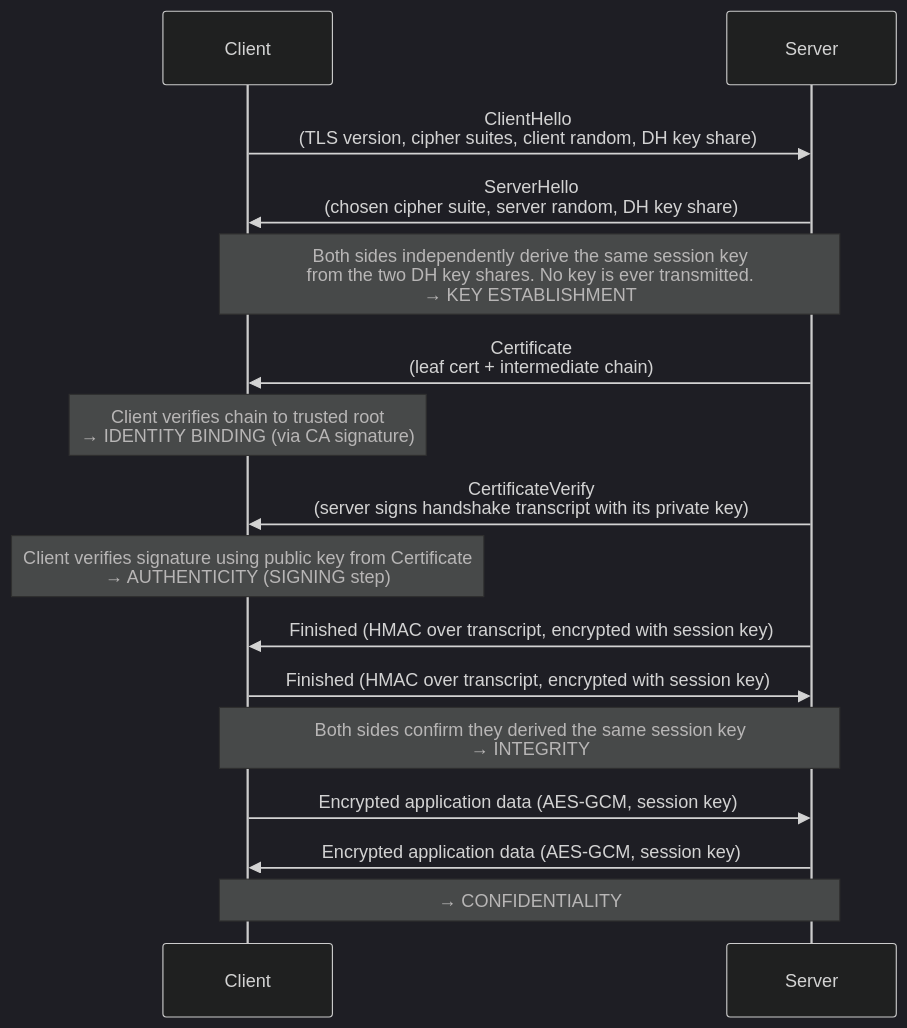
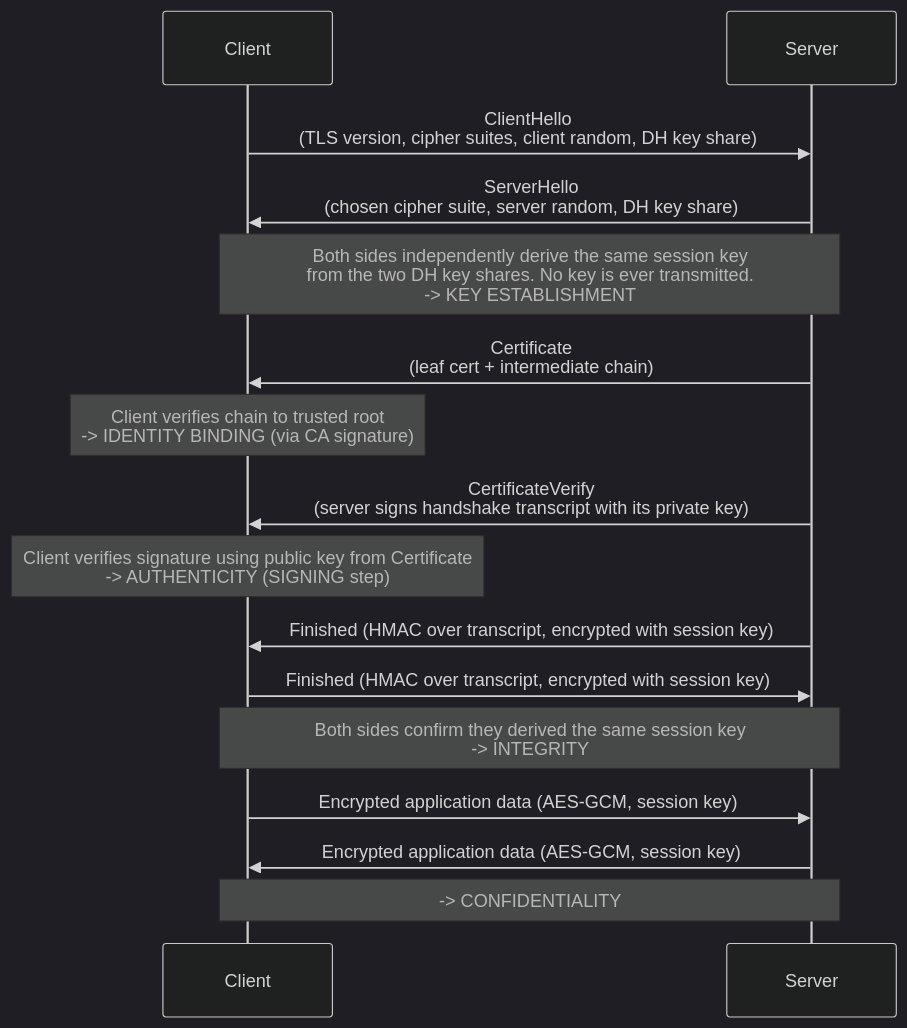
The sixth of 6 diagrams in _posts/2026-03-05-cryptographic-basics-in-a-hurry.md (ypeavler/blog), drawn with Mermaid before and after one commit. The commit also changed other lines of this file and 2 other files, not shown here.

```diff
--- a/_posts/2026-03-05-cryptographic-basics-in-a-hurry.md
+++ b/_posts/2026-03-05-cryptographic-basics-in-a-hurry.md
@@ -618,25 +617,25 @@
 <div class="mermaid">
 %%{init: {'theme': 'dark'}}%%
 sequenceDiagram
     participant C as Client
     participant S as Server
 
     C->>S: ClientHello<br/>(TLS version, cipher suites, client random, DH key share)
     S->>C: ServerHello<br/>(chosen cipher suite, server random, DH key share)
 
-    Note over C,S: Both sides independently derive the same session key<br/>from the two DH key shares. No key is ever transmitted.<br/>→ KEY ESTABLISHMENT
+    Note over C,S: Both sides independently derive the same session key<br/>from the two DH key shares. No key is ever transmitted.<br/>-> KEY ESTABLISHMENT
 
     S->>C: Certificate<br/>(leaf cert + intermediate chain)
-    Note over C: Client verifies chain to trusted root<br/>→ IDENTITY BINDING (via CA signature)
+    Note over C: Client verifies chain to trusted root<br/>-> IDENTITY BINDING (via CA signature)
 
     S->>C: CertificateVerify<br/>(server signs handshake transcript with its private key)
-    Note over C: Client verifies signature using public key from Certificate<br/>→ AUTHENTICITY (SIGNING step)
+    Note over C: Client verifies signature using public key from Certificate<br/>-> AUTHENTICITY (SIGNING step)
 
     S->>C: Finished (HMAC over transcript, encrypted with session key)
     C->>S: Finished (HMAC over transcript, encrypted with session key)
-    Note over C,S: Both sides confirm they derived the same session key<br/>→ INTEGRITY
+    Note over C,S: Both sides confirm they derived the same session key<br/>-> INTEGRITY
 
     C->>S: Encrypted application data (AES-GCM, session key)
     S->>C: Encrypted application data (AES-GCM, session key)
-    Note over C,S: → CONFIDENTIALITY
+    Note over C,S: -> CONFIDENTIALITY
 </div>
```
